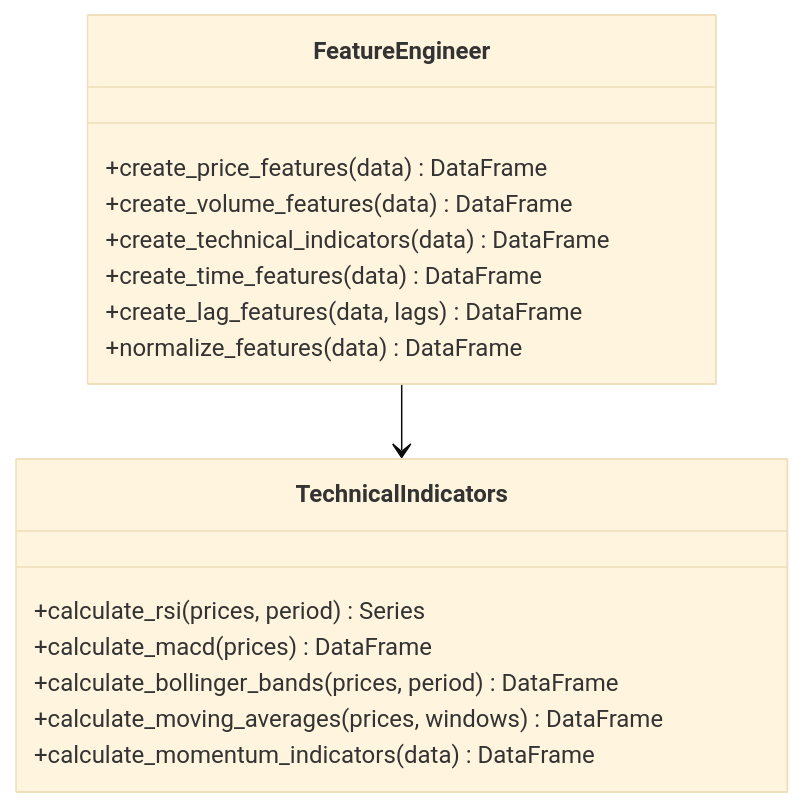
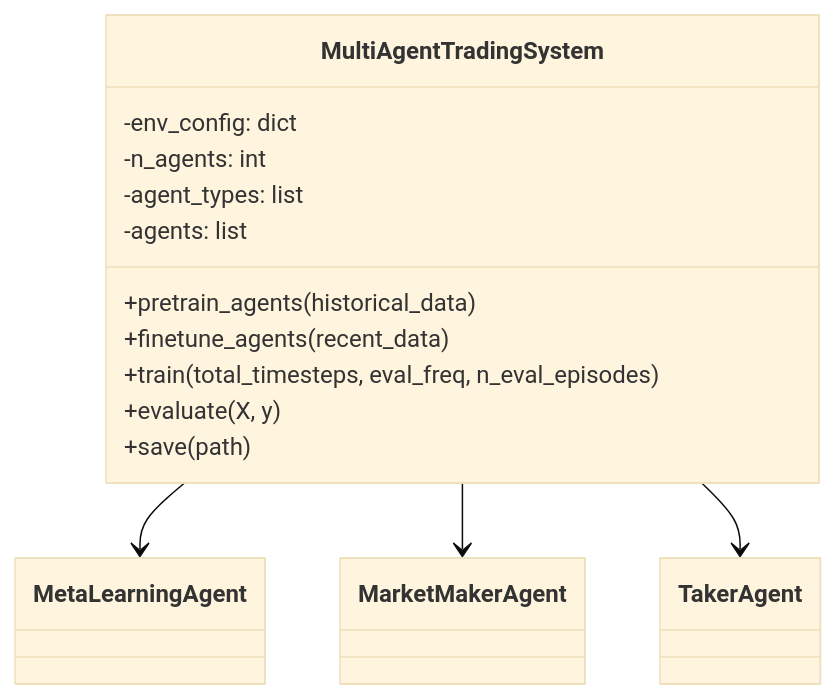
Before and after one commit to cluster2600/ELVIS: the fifth of 9 diagrams in docs/training.md, drawn with Mermaid (base theme). The commit also changed other lines of this file and 60 other files, not shown here.

````diff
--- a/docs/training.md
+++ b/docs/training.md
@@ -283,21 +249,20 @@
 ```mermaid
 classDiagram
-    class FeatureEngineer {
-        +create_price_features(data) DataFrame
-        +create_volume_features(data) DataFrame
-        +create_technical_indicators(data) DataFrame
-        +create_time_features(data) DataFrame
-        +create_lag_features(data, lags) DataFrame
-        +normalize_features(data) DataFrame
+    class MultiAgentTradingSystem {
+        -env_config: dict
+        -n_agents: int
+        -agent_types: list
+        -agents: list
+        +pretrain_agents(historical_data)
+        +finetune_agents(recent_data)
+        +train(total_timesteps, eval_freq, n_eval_episodes)
+        +evaluate(X, y)
+        +save(path)
     }
-    
-    class TechnicalIndicators {
-        +calculate_rsi(prices, period) Series
-        +calculate_macd(prices) DataFrame
-        +calculate_bollinger_bands(prices, period) DataFrame
-        +calculate_moving_averages(prices, windows) DataFrame
-        +calculate_momentum_indicators(data) DataFrame
-    }
-    
-    FeatureEngineer --> TechnicalIndicators
+    class MetaLearningAgent
+    class MarketMakerAgent
+    class TakerAgent
+    MultiAgentTradingSystem --> MetaLearningAgent
+    MultiAgentTradingSystem --> MarketMakerAgent
+    MultiAgentTradingSystem --> TakerAgent
 ```
````
